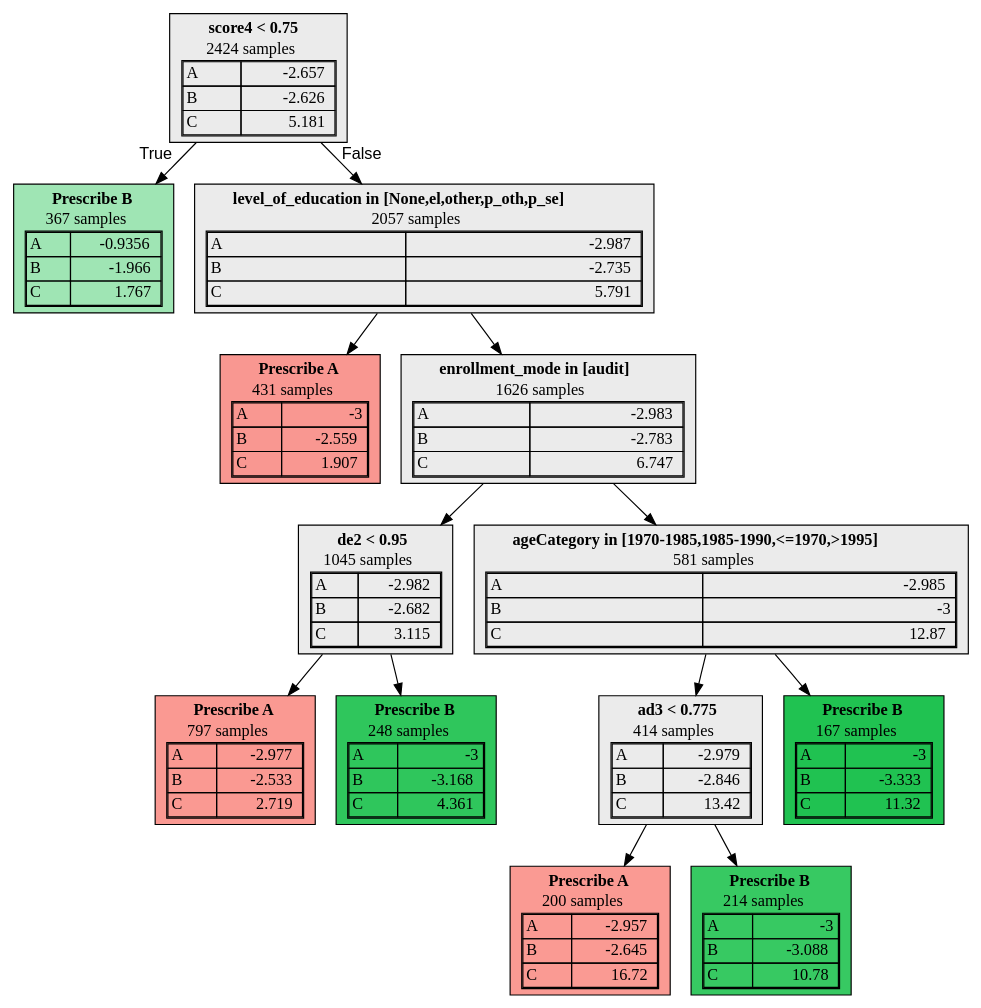
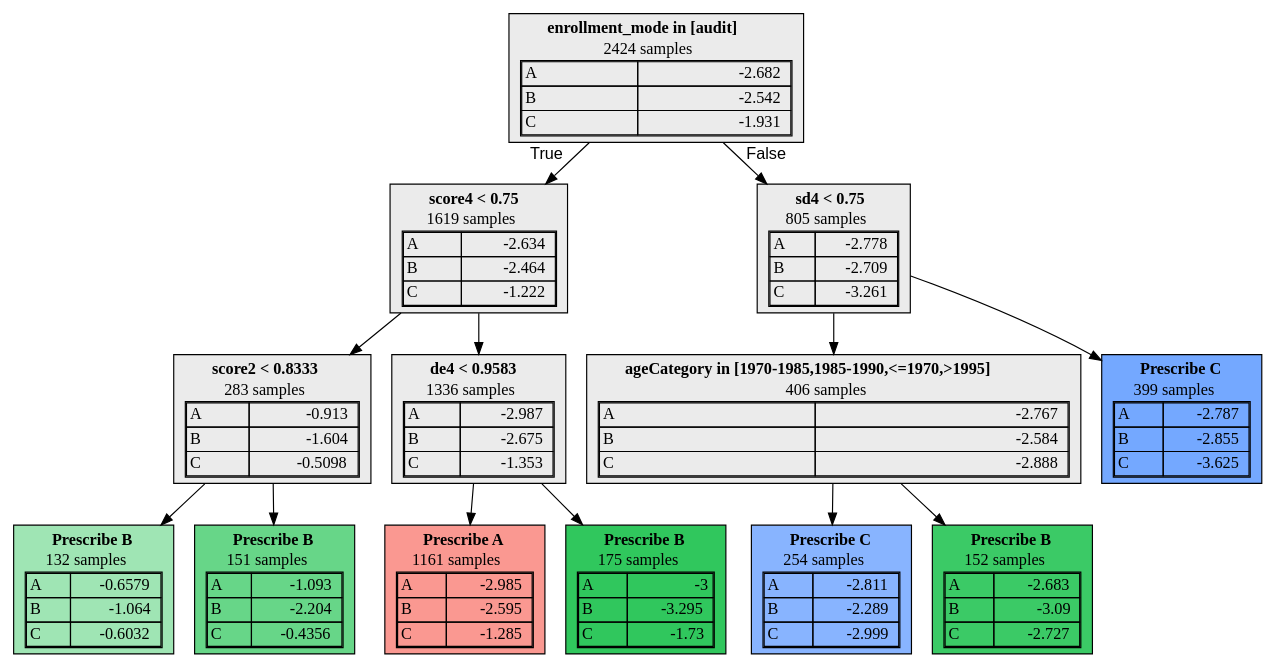
One commit to galitLukin/PersonalizedLearning changed the diagram in python/model/4/tree.dot. Above: the diagram before and after it, drawn with Graphviz. The commit also changed 23 other files, not shown here.

```diff
--- a/python/model/4/tree.dot
+++ b/python/model/4/tree.dot
@@ -2,7 +2,7 @@
     1 [label=<  <TABLE BORDER="0" CELLPADDING="0">
       <TR>
     <TD>
-      <B> score4 &lt; 0.75</B>
+      <B> enrollment_mode in [audit]</B>
     </TD>
   </TR>
 
@@ -15,15 +15,15 @@
       
         <TR class="highlighted">
     <TD ALIGN="LEFT">A</TD>
-    <TD ALIGN="RIGHT">-2.657</TD>
+    <TD ALIGN="RIGHT">-2.682</TD>
   </TR>
   <TR >
     <TD ALIGN="LEFT">B</TD>
-    <TD ALIGN="RIGHT">-2.626</TD>
+    <TD ALIGN="RIGHT">-2.542</TD>
   </TR>
   <TR >
     <TD ALIGN="LEFT">C</TD>
-    <TD ALIGN="RIGHT">5.181</TD>
+    <TD ALIGN="RIGHT">-1.931</TD>
   </TR>
 
     </TABLE>
@@ -33,16 +33,51 @@
   </TABLE>
 >,fillcolor="#EBEBEB",shape=box,fontname="bold arial",style="filled"];
     1 -> 2 [labeldistance=2.5, labelangle=45, headlabel="True",fontname="arial"];
-    1 -> 3 [labeldistance=2.5, labelangle=-45, headlabel="False",fontname="arial"];
+    1 -> 9 [labeldistance=2.5, labelangle=-45, headlabel="False",fontname="arial"];
     2 [label=<  <TABLE BORDER="0" CELLPADDING="0">
       <TR>
     <TD>
-      <B>Prescribe B</B>
+      <B> score4 &lt; 0.75</B>
     </TD>
   </TR>
 
     <TR>
-      <TD>367 samples</TD>
+      <TD>1619 samples</TD>
+    </TR>
+    <TR>
+  <TD>
+    <TABLE CELLSPACING="0">
+      
+        <TR class="highlighted">
+    <TD ALIGN="LEFT">A</TD>
+    <TD ALIGN="RIGHT">-2.634</TD>
+  </TR>
+  <TR >
+    <TD ALIGN="LEFT">B</TD>
+    <TD ALIGN="RIGHT">-2.464</TD>
+  </TR>
+  <TR >
+    <TD ALIGN="LEFT">C</TD>
+    <TD ALIGN="RIGHT">-1.222</TD>
+  </TR>
+
+    </TABLE>
+  </TD>
+</TR>
+
+  </TABLE>
+>,fillcolor="#EBEBEB",shape=box,fontname="bold arial",style="filled"];
+    2 -> 3;
+    2 -> 6;
+    3 [label=<  <TABLE BORDER="0" CELLPADDING="0">
+      <TR>
+    <TD>
+      <B> score2 &lt; 0.8333</B>
+    </TD>
+  </TR>
+
+    <TR>
+      <TD>283 samples</TD>
     </TR>
     <TR>
   <TD>
@@ -50,48 +85,15 @@
       
         <TR >
     <TD ALIGN="LEFT">A</TD>
-    <TD ALIGN="RIGHT">-0.9356</TD>
+    <TD ALIGN="RIGHT">-0.913</TD>
   </TR>
   <TR class="highlighted">
     <TD ALIGN="LEFT">B</TD>
-    <TD ALIGN="RIGHT">-1.966</TD>
+    <TD ALIGN="RIGHT">-1.604</TD>
   </TR>
   <TR >
     <TD ALIGN="LEFT">C</TD>
-    <TD ALIGN="RIGHT">1.767</TD>
-  </TR>
-
-    </TABLE>
-  </TD>
-</TR>
-
-  </TABLE>
->,fillcolor="#00BA3860",shape=box,fontname="bold arial",style="filled",color=black];
-    3 [label=<  <TABLE BORDER="0" CELLPADDING="0">
-      <TR>
-    <TD>
-      <B> level_of_education in [None,el,other,p_oth,p_se]</B>
-    </TD>
-  </TR>
-
-    <TR>
-      <TD>2057 samples</TD>
-    </TR>
-    <TR>
-  <TD>
-    <TABLE CELLSPACING="0">
-      
-        <TR class="highlighted">
-    <TD ALIGN="LEFT">A</TD>
-    <TD ALIGN="RIGHT">-2.987</TD>
-  </TR>
-  <TR >
-    <TD ALIGN="LEFT">B</TD>
-    <TD ALIGN="RIGHT">-2.735</TD>
-  </TR>
-  <TR >
-    <TD ALIGN="LEFT">C</TD>
-    <TD ALIGN="RIGHT">5.791</TD>
+    <TD ALIGN="RIGHT">-0.5098</TD>
   </TR>
 
     </TABLE>
@@ -105,12 +107,78 @@
     4 [label=<  <TABLE BORDER="0" CELLPADDING="0">
       <TR>
     <TD>
-      <B>Prescribe A</B>
+      <B>Prescribe B</B>
     </TD>
   </TR>
 
     <TR>
-      <TD>431 samples</TD>
+      <TD>132 samples</TD>
+    </TR>
+    <TR>
+  <TD>
+    <TABLE CELLSPACING="0">
+      
+        <TR >
+    <TD ALIGN="LEFT">A</TD>
+    <TD ALIGN="RIGHT">-0.6579</TD>
+  </TR>
+  <TR class="highlighted">
+    <TD ALIGN="LEFT">B</TD>
+    <TD ALIGN="RIGHT">-1.064</TD>
+  </TR>
+  <TR >
+    <TD ALIGN="LEFT">C</TD>
+    <TD ALIGN="RIGHT">-0.6032</TD>
+  </TR>
+
+    </TABLE>
+  </TD>
+</TR>
+
+  </TABLE>
+>,fillcolor="#00BA3860",shape=box,fontname="bold arial",style="filled",color=black];
+    5 [label=<  <TABLE BORDER="0" CELLPADDING="0">
+      <TR>
+    <TD>
+      <B>Prescribe B</B>
+    </TD>
+  </TR>
+
+    <TR>
+      <TD>151 samples</TD>
+    </TR>
+    <TR>
+  <TD>
+    <TABLE CELLSPACING="0">
+      
+        <TR >
+    <TD ALIGN="LEFT">A</TD>
+    <TD ALIGN="RIGHT">-1.093</TD>
+  </TR>
+  <TR class="highlighted">
+    <TD ALIGN="LEFT">B</TD>
+    <TD ALIGN="RIGHT">-2.204</TD>
+  </TR>
+  <TR >
+    <TD ALIGN="LEFT">C</TD>
+    <TD ALIGN="RIGHT">-0.4356</TD>
+  </TR>
+
+    </TABLE>
+  </TD>
+</TR>
+
+  </TABLE>
+>,fillcolor="#00BA3898",shape=box,fontname="bold arial",style="filled",color=black];
+    6 [label=<  <TABLE BORDER="0" CELLPADDING="0">
+      <TR>
+    <TD>
+      <B> de4 &lt; 0.9583</B>
+    </TD>
+  </TR>
+
+    <TR>
+      <TD>1336 samples</TD>
     </TR>
     <TR>
   <TD>
@@ -118,83 +186,15 @@
       
         <TR class="highlighted">
     <TD ALIGN="LEFT">A</TD>
-    <TD ALIGN="RIGHT">-3</TD>
+    <TD ALIGN="RIGHT">-2.987</TD>
   </TR>
   <TR >
     <TD ALIGN="LEFT">B</TD>
-    <TD ALIGN="RIGHT">-2.559</TD>
+    <TD ALIGN="RIGHT">-2.675</TD>
   </TR>
   <TR >
     <TD ALIGN="LEFT">C</TD>
-    <TD ALIGN="RIGHT">1.907</TD>
-  </TR>
-
-    </TABLE>
-  </TD>
-</TR>
-
-  </TABLE>
->,fillcolor="#F8766Dc0",shape=box,fontname="bold arial",style="filled",color=black];
-    5 [label=<  <TABLE BORDER="0" CELLPADDING="0">
-      <TR>
-    <TD>
-      <B> enrollment_mode in [audit]</B>
-    </TD>
-  </TR>
-
-    <TR>
-      <TD>1626 samples</TD>
-    </TR>
-    <TR>
-  <TD>
-    <TABLE CELLSPACING="0">
-      
-        <TR class="highlighted">
-    <TD ALIGN="LEFT">A</TD>
-    <TD ALIGN="RIGHT">-2.983</TD>
-  </TR>
-  <TR >
-    <TD ALIGN="LEFT">B</TD>
-    <TD ALIGN="RIGHT">-2.783</TD>
-  </TR>
-  <TR >
-    <TD ALIGN="LEFT">C</TD>
-    <TD ALIGN="RIGHT">6.747</TD>
-  </TR>
-
-    </TABLE>
-  </TD>
-</TR>
-
-  </TABLE>
->,fillcolor="#EBEBEB",shape=box,fontname="bold arial",style="filled"];
-    5 -> 6;
-    5 -> 9;
-    6 [label=<  <TABLE BORDER="0" CELLPADDING="0">
-      <TR>
-    <TD>
-      <B> de2 &lt; 0.95</B>
-    </TD>
-  </TR>
-
-    <TR>
-      <TD>1045 samples</TD>
-    </TR>
-    <TR>
-  <TD>
-    <TABLE CELLSPACING="0">
-      
-        <TR class="highlighted">
-    <TD ALIGN="LEFT">A</TD>
-    <TD ALIGN="RIGHT">-2.982</TD>
-  </TR>
-  <TR >
-    <TD ALIGN="LEFT">B</TD>
-    <TD ALIGN="RIGHT">-2.682</TD>
-  </TR>
-  <TR >
-    <TD ALIGN="LEFT">C</TD>
-    <TD ALIGN="RIGHT">3.115</TD>
+    <TD ALIGN="RIGHT">-1.353</TD>
   </TR>
 
     </TABLE>
@@ -213,7 +213,7 @@
   </TR>
 
     <TR>
-      <TD>797 samples</TD>
+      <TD>1161 samples</TD>
     </TR>
     <TR>
   <TD>
@@ -221,15 +221,15 @@
       
         <TR class="highlighted">
     <TD ALIGN="LEFT">A</TD>
-    <TD ALIGN="RIGHT">-2.977</TD>
+    <TD ALIGN="RIGHT">-2.985</TD>
   </TR>
   <TR >
     <TD ALIGN="LEFT">B</TD>
-    <TD ALIGN="RIGHT">-2.533</TD>
+    <TD ALIGN="RIGHT">-2.595</TD>
   </TR>
   <TR >
     <TD ALIGN="LEFT">C</TD>
-    <TD ALIGN="RIGHT">2.719</TD>
+    <TD ALIGN="RIGHT">-1.285</TD>
   </TR>
 
     </TABLE>
@@ -237,7 +237,7 @@
 </TR>
 
   </TABLE>
->,fillcolor="#F8766Dbe",shape=box,fontname="bold arial",style="filled",color=black];
+>,fillcolor="#F8766Dbf",shape=box,fontname="bold arial",style="filled",color=black];
     8 [label=<  <TABLE BORDER="0" CELLPADDING="0">
       <TR>
     <TD>
@@ -246,7 +246,7 @@
   </TR>
 
     <TR>
-      <TD>248 samples</TD>
+      <TD>175 samples</TD>
     </TR>
     <TR>
   <TD>
@@ -258,11 +258,11 @@
   </TR>
   <TR class="highlighted">
     <TD ALIGN="LEFT">B</TD>
-    <TD ALIGN="RIGHT">-3.168</TD>
+    <TD ALIGN="RIGHT">-3.295</TD>
   </TR>
   <TR >
     <TD ALIGN="LEFT">C</TD>
-    <TD ALIGN="RIGHT">4.361</TD>
+    <TD ALIGN="RIGHT">-1.73</TD>
   </TR>
 
     </TABLE>
@@ -270,16 +270,16 @@
 </TR>
 
   </TABLE>
->,fillcolor="#00BA38d0",shape=box,fontname="bold arial",style="filled",color=black];
+>,fillcolor="#00BA38cf",shape=box,fontname="bold arial",style="filled",color=black];
     9 [label=<  <TABLE BORDER="0" CELLPADDING="0">
       <TR>
     <TD>
-      <B> ageCategory in [1970-1985,1985-1990,&lt;=1970,&gt;1995]</B>
+      <B> sd4 &lt; 0.75</B>
     </TD>
   </TR>
 
     <TR>
-      <TD>581 samples</TD>
+      <TD>805 samples</TD>
     </TR>
     <TR>
   <TD>
@@ -287,15 +287,15 @@
       
         <TR >
     <TD ALIGN="LEFT">A</TD>
-    <TD ALIGN="RIGHT">-2.985</TD>
+    <TD ALIGN="RIGHT">-2.778</TD>
+  </TR>
+  <TR >
+    <TD ALIGN="LEFT">B</TD>
+    <TD ALIGN="RIGHT">-2.709</TD>
   </TR>
   <TR class="highlighted">
-    <TD ALIGN="LEFT">B</TD>
-    <TD ALIGN="RIGHT">-3</TD>
-  </TR>
-  <TR >
     <TD ALIGN="LEFT">C</TD>
-    <TD ALIGN="RIGHT">12.87</TD>
+    <TD ALIGN="RIGHT">-3.261</TD>
   </TR>
 
     </TABLE>
@@ -309,28 +309,28 @@
     10 [label=<  <TABLE BORDER="0" CELLPADDING="0">
       <TR>
     <TD>
-      <B> ad3 &lt; 0.775</B>
+      <B> ageCategory in [1970-1985,1985-1990,&lt;=1970,&gt;1995]</B>
     </TD>
   </TR>
 
     <TR>
-      <TD>414 samples</TD>
+      <TD>406 samples</TD>
     </TR>
     <TR>
   <TD>
     <TABLE CELLSPACING="0">
       
-        <TR class="highlighted">
+        <TR >
     <TD ALIGN="LEFT">A</TD>
-    <TD ALIGN="RIGHT">-2.979</TD>
+    <TD ALIGN="RIGHT">-2.767</TD>
   </TR>
   <TR >
     <TD ALIGN="LEFT">B</TD>
-    <TD ALIGN="RIGHT">-2.846</TD>
+    <TD ALIGN="RIGHT">-2.584</TD>
   </TR>
-  <TR >
+  <TR class="highlighted">
     <TD ALIGN="LEFT">C</TD>
-    <TD ALIGN="RIGHT">13.42</TD>
+    <TD ALIGN="RIGHT">-2.888</TD>
   </TR>
 
     </TABLE>
@@ -344,28 +344,28 @@
     11 [label=<  <TABLE BORDER="0" CELLPADDING="0">
       <TR>
     <TD>
-      <B>Prescribe A</B>
+      <B>Prescribe C</B>
     </TD>
   </TR>
 
     <TR>
-      <TD>200 samples</TD>
+      <TD>254 samples</TD>
     </TR>
     <TR>
   <TD>
     <TABLE CELLSPACING="0">
       
-        <TR class="highlighted">
+        <TR >
     <TD ALIGN="LEFT">A</TD>
-    <TD ALIGN="RIGHT">-2.957</TD>
+    <TD ALIGN="RIGHT">-2.811</TD>
   </TR>
   <TR >
     <TD ALIGN="LEFT">B</TD>
-    <TD ALIGN="RIGHT">-2.645</TD>
+    <TD ALIGN="RIGHT">-2.289</TD>
   </TR>
-  <TR >
+  <TR class="highlighted">
     <TD ALIGN="LEFT">C</TD>
-    <TD ALIGN="RIGHT">16.72</TD>
+    <TD ALIGN="RIGHT">-2.999</TD>
   </TR>
 
     </TABLE>
@@ -373,7 +373,7 @@
 </TR>
 
   </TABLE>
->,fillcolor="#F8766Dbc",shape=box,fontname="bold arial",style="filled",color=black];
+>,fillcolor="#619CFFc0",shape=box,fontname="bold arial",style="filled",color=black];
     12 [label=<  <TABLE BORDER="0" CELLPADDING="0">
       <TR>
     <TD>
@@ -382,7 +382,7 @@
   </TR>
 
     <TR>
-      <TD>214 samples</TD>
+      <TD>152 samples</TD>
     </TR>
     <TR>
   <TD>
@@ -390,15 +390,15 @@
       
         <TR >
     <TD ALIGN="LEFT">A</TD>
-    <TD ALIGN="RIGHT">-3</TD>
+    <TD ALIGN="RIGHT">-2.683</TD>
   </TR>
   <TR class="highlighted">
     <TD ALIGN="LEFT">B</TD>
-    <TD ALIGN="RIGHT">-3.088</TD>
+    <TD ALIGN="RIGHT">-3.09</TD>
   </TR>
   <TR >
     <TD ALIGN="LEFT">C</TD>
-    <TD ALIGN="RIGHT">10.78</TD>
+    <TD ALIGN="RIGHT">-2.727</TD>
   </TR>
 
     </TABLE>
@@ -406,16 +406,16 @@
 </TR>
 
   </TABLE>
->,fillcolor="#00BA38c8",shape=box,fontname="bold arial",style="filled",color=black];
+>,fillcolor="#00BA38c4",shape=box,fontname="bold arial",style="filled",color=black];
     13 [label=<  <TABLE BORDER="0" CELLPADDING="0">
       <TR>
     <TD>
-      <B>Prescribe B</B>
+      <B>Prescribe C</B>
     </TD>
   </TR>
 
     <TR>
-      <TD>167 samples</TD>
+      <TD>399 samples</TD>
     </TR>
     <TR>
   <TD>
@@ -423,15 +423,15 @@
       
         <TR >
     <TD ALIGN="LEFT">A</TD>
-    <TD ALIGN="RIGHT">-3</TD>
+    <TD ALIGN="RIGHT">-2.787</TD>
+  </TR>
+  <TR >
+    <TD ALIGN="LEFT">B</TD>
+    <TD ALIGN="RIGHT">-2.855</TD>
   </TR>
   <TR class="highlighted">
-    <TD ALIGN="LEFT">B</TD>
-    <TD ALIGN="RIGHT">-3.333</TD>
-  </TR>
-  <TR >
     <TD ALIGN="LEFT">C</TD>
-    <TD ALIGN="RIGHT">11.32</TD>
+    <TD ALIGN="RIGHT">-3.625</TD>
   </TR>
 
     </TABLE>
@@ -439,5 +439,5 @@
 </TR>
 
   </TABLE>
->,fillcolor="#00BA38df",shape=box,fontname="bold arial",style="filled",color=black];
+>,fillcolor="#619CFFdf",shape=box,fontname="bold arial",style="filled",color=black];
 }
```
